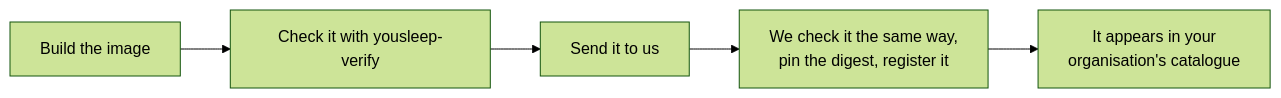
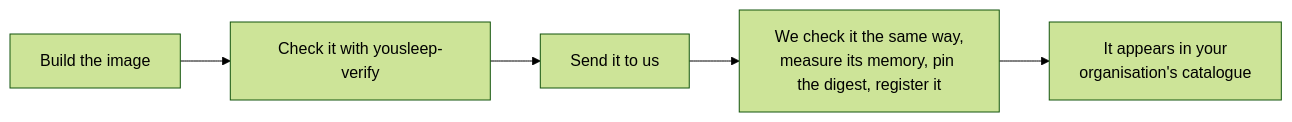
Before and after one commit to yousleep-ai/docs-public: the diagram in docs/build/registration.md, drawn with Mermaid (forest theme). The commit also changed other lines of this file and 4 other files, not shown here.

````diff
--- a/docs/build/registration.md
+++ b/docs/build/registration.md
@@ -7,7 +7,7 @@
 ```mermaid
 flowchart LR
     B[Build the image] --> C[Check it with yousleep-verify]
     C --> S[Send it to us]
-    S --> R[We check it the same way,<br/>pin the digest, register it]
+    S --> R[We check it the same way,<br/>measure its memory, pin the digest, register it]
     R --> A[It appears in your<br/>organisation's catalogue]
 ```
````
